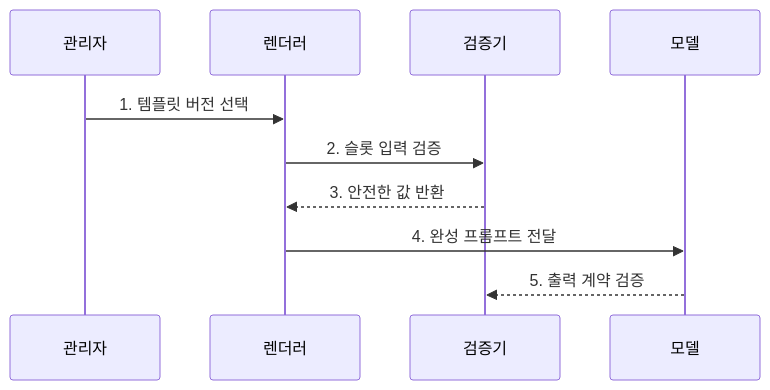
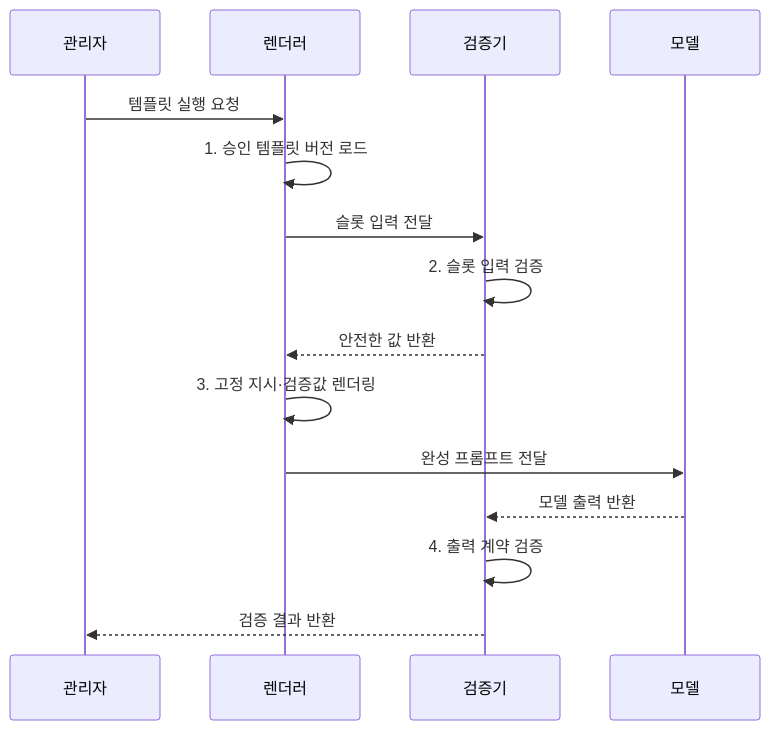
One commit to agnusdei1207/knowledge-base changed the second of 2 diagrams in src/content/docs/notes/08-latest-tech/036_prompt_template.md. Above: the diagram before and after it, drawn with Mermaid. The commit also changed other lines of this file and 225 other files, not shown here.

````diff
--- a/src/content/docs/notes/08-latest-tech/036_prompt_template.md
+++ b/src/content/docs/notes/08-latest-tech/036_prompt_template.md
@@ -82,12 +83,17 @@
 ```mermaid
 sequenceDiagram
     participant A as 관리자
     participant R as 렌더러
     participant V as 검증기
     participant M as 모델
-    A->>R: 1. 템플릿 버전 선택
-    R->>V: 2. 슬롯 입력 검증
-    V-->>R: 3. 안전한 값 반환
-    R->>M: 4. 완성 프롬프트 전달
-    M-->>V: 5. 출력 계약 검증
+    A->>R: 템플릿 실행 요청
+    R->>R: 1. 승인 템플릿 버전 로드
+    R->>V: 슬롯 입력 전달
+    V->>V: 2. 슬롯 입력 검증
+    V-->>R: 안전한 값 반환
+    R->>R: 3. 고정 지시·검증값 렌더링
+    R->>M: 완성 프롬프트 전달
+    M-->>V: 모델 출력 반환
+    V->>V: 4. 출력 계약 검증
+    V-->>A: 검증 결과 반환
 ```
````
